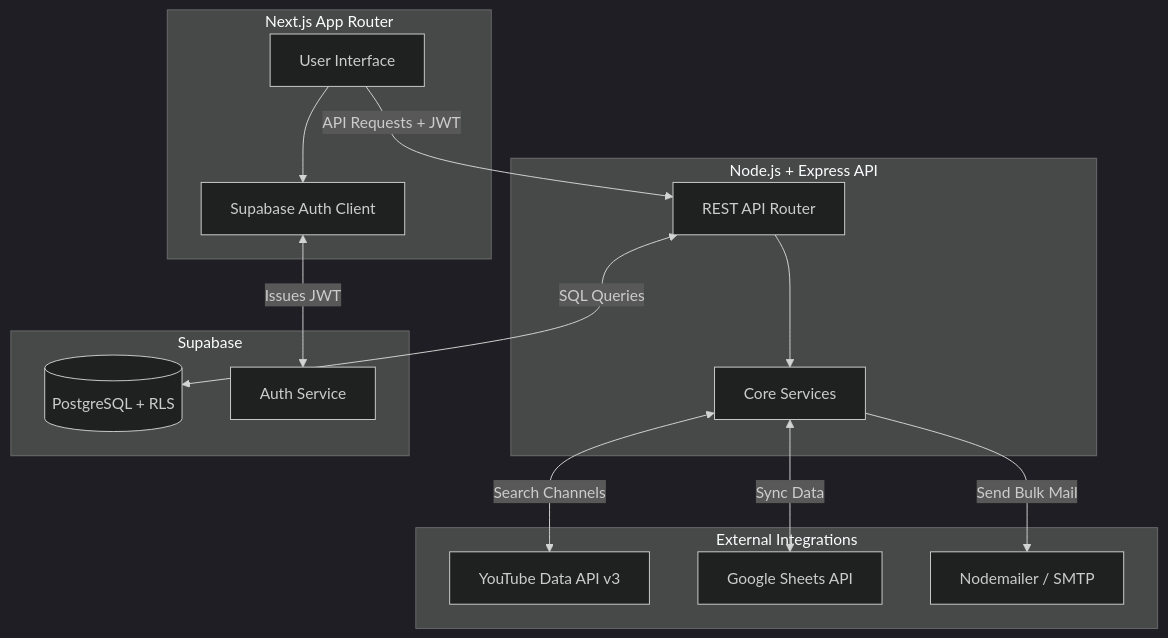
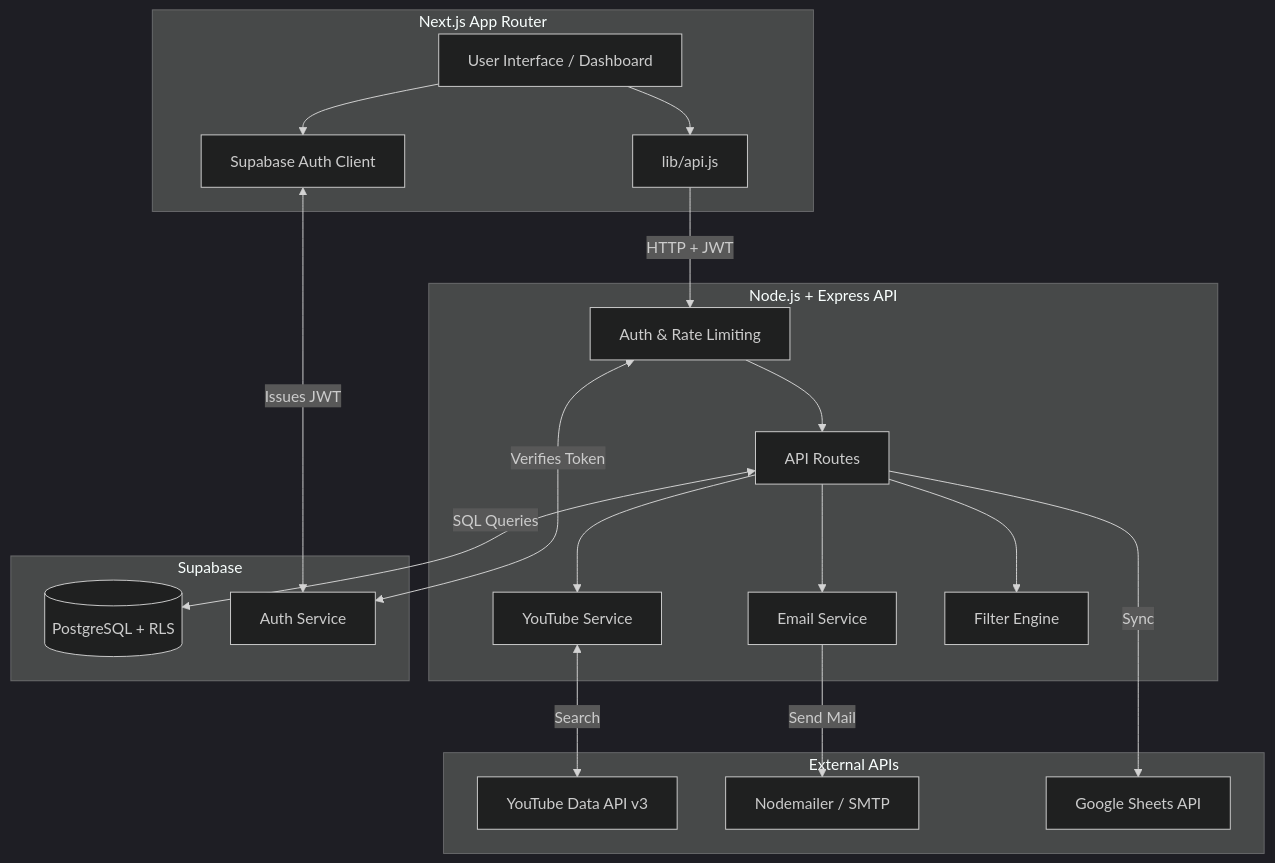
One commit to Prince4201/createrfind changed the diagram in README.md. Above: the diagram before and after it, drawn with Mermaid (dark theme). The commit also changed other lines of this file, not shown here.

Commit message:
docs: overhaul README with detailed architecture, technology stack, and workflow documentation

````diff
--- a/README.md
+++ b/README.md
@@ -45,32 +89,42 @@
 ```mermaid
 graph TD
     subgraph Frontend [Next.js App Router]
-        UI[User Interface]
+        UI[User Interface / Dashboard]
         AuthUI[Supabase Auth Client]
+        APIClient[lib/api.js]
         UI --> AuthUI
+        UI --> APIClient
     end
 
     subgraph Backend [Node.js + Express API]
-        API[REST API Router]
-        Services[Core Services]
-        API --> Services
+        Router[API Routes]
+        Middleware[Auth & Rate Limiting]
+        YTServ[YouTube Service]
+        EmailServ[Email Service]
+        Filter[Filter Engine]
+        
+        APIClient -->|HTTP + JWT| Middleware
+        Middleware --> Router
+        Router --> YTServ
+        Router --> EmailServ
+        Router --> Filter
     end
 
     subgraph Database [Supabase]
         DB[(PostgreSQL + RLS)]
         Auth[Auth Service]
     end
 
-    subgraph External [External Integrations]
+    subgraph External [External APIs]
         YT[YouTube Data API v3]
+        SMTP[Nodemailer / SMTP]
         GS[Google Sheets API]
-        SMTP[Nodemailer / SMTP]
     end
 
     AuthUI <-->|Issues JWT| Auth
-    UI -->|API Requests + JWT| API
-    API <-->|SQL Queries| DB
-    Services <-->|Search Channels| YT
-    Services <-->|Sync Data| GS
-    Services -->|Send Bulk Mail| SMTP
+    Middleware <-->|Verifies Token| Auth
+    Router <-->|SQL Queries| DB
+    YTServ <-->|Search| YT
+    EmailServ -->|Send Mail| SMTP
+    Router -->|Sync| GS
 ```
````
